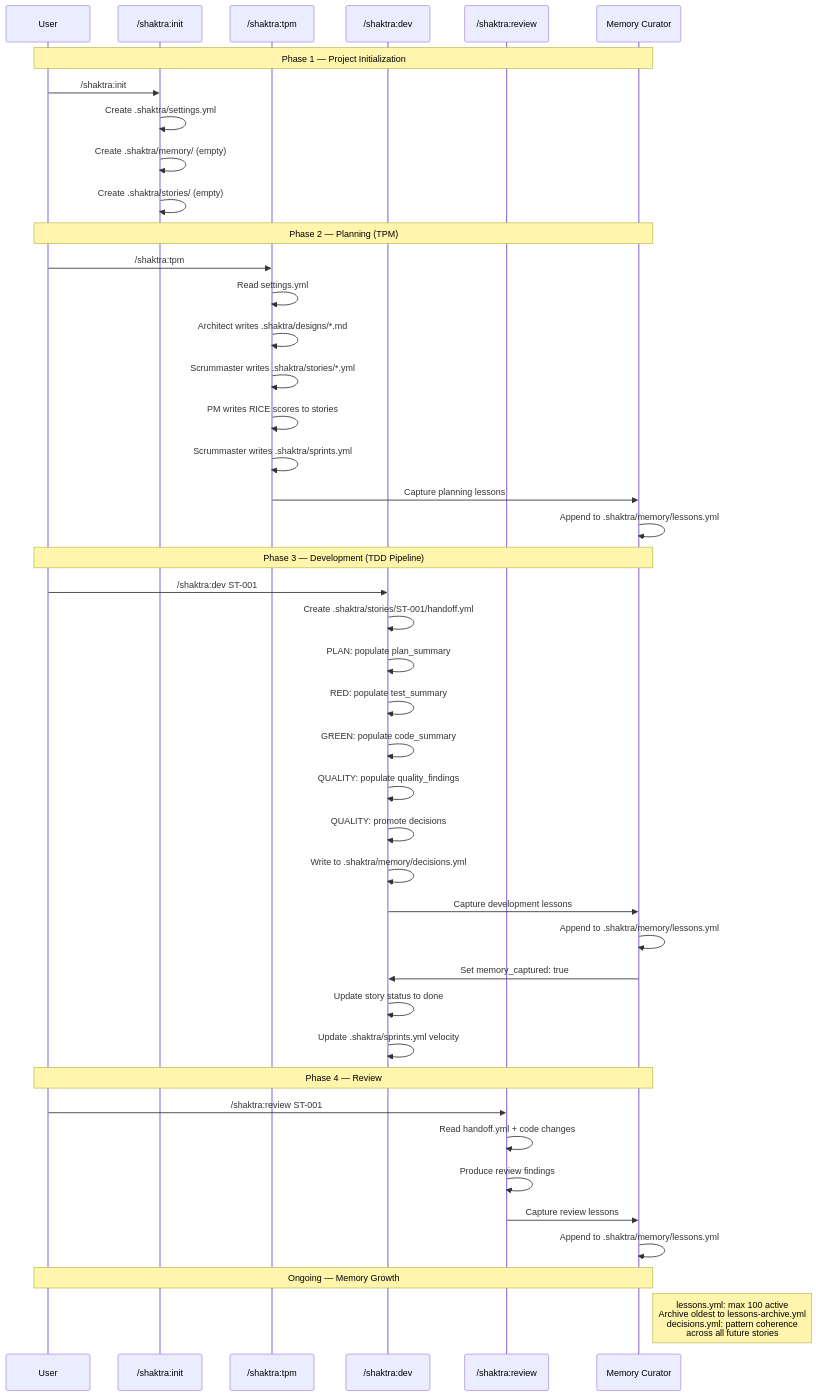
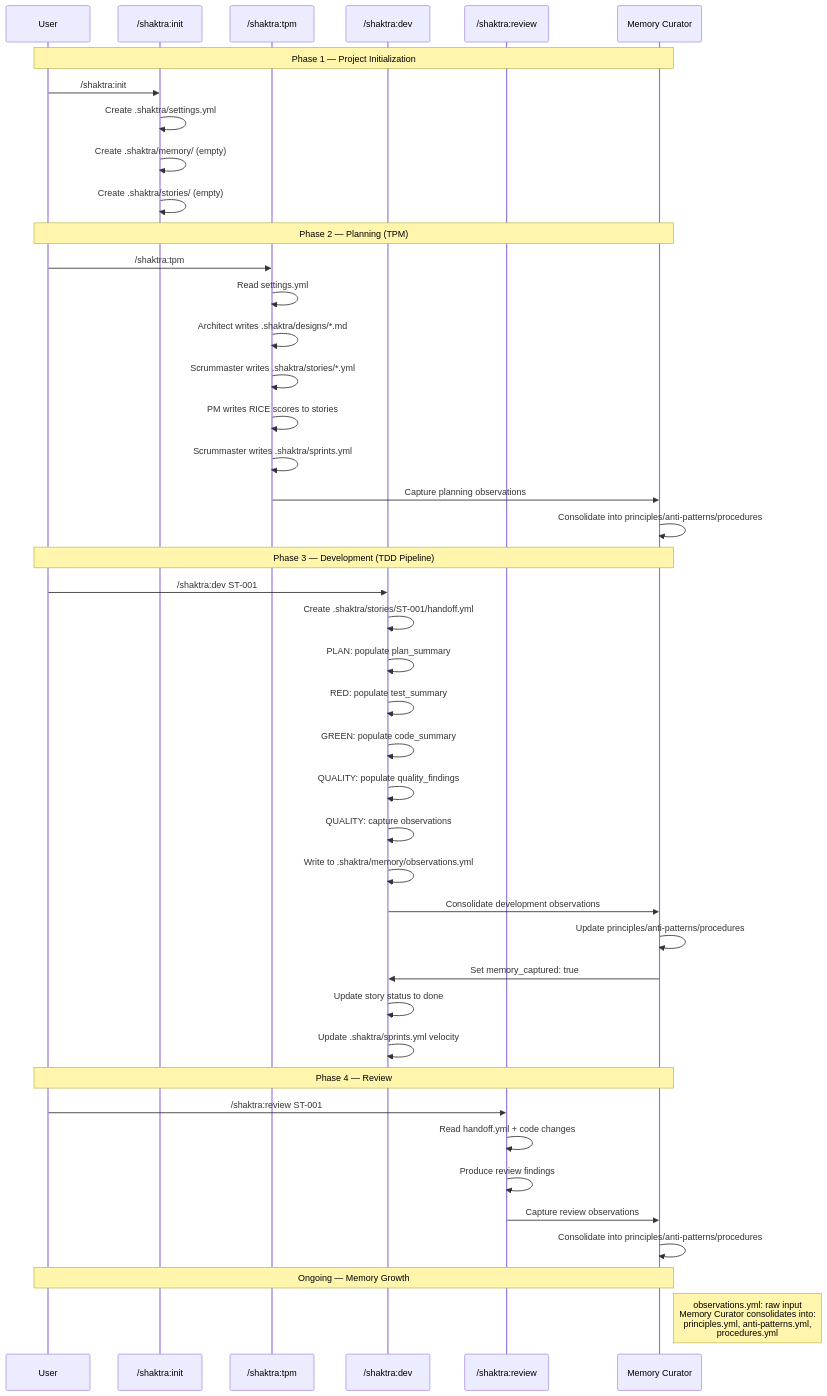
The diagram in shaktra/diagrams/30-state-file-lifecycle.md (im-shashanks/claude-skills), drawn with Mermaid before and after one commit. The commit also changed other lines of this file and 83 other files, not shown here.

````diff
--- a/shaktra/diagrams/30-state-file-lifecycle.md
+++ b/shaktra/diagrams/30-state-file-lifecycle.md
@@ -5,50 +5,50 @@
 ```mermaid
 sequenceDiagram
     participant U as User
     participant INIT as /shaktra:init
     participant TPM as /shaktra:tpm
     participant DEV as /shaktra:dev
     participant REV as /shaktra:review
     participant MEM as Memory Curator
 
     Note over U,MEM: Phase 1 — Project Initialization
     U->>INIT: /shaktra:init
     INIT->>INIT: Create .shaktra/settings.yml
     INIT->>INIT: Create .shaktra/memory/ (empty)
     INIT->>INIT: Create .shaktra/stories/ (empty)
 
     Note over U,MEM: Phase 2 — Planning (TPM)
     U->>TPM: /shaktra:tpm
     TPM->>TPM: Read settings.yml
     TPM->>TPM: Architect writes .shaktra/designs/*.md
     TPM->>TPM: Scrummaster writes .shaktra/stories/*.yml
     TPM->>TPM: PM writes RICE scores to stories
     TPM->>TPM: Scrummaster writes .shaktra/sprints.yml
-    TPM->>MEM: Capture planning lessons
-    MEM->>MEM: Append to .shaktra/memory/lessons.yml
+    TPM->>MEM: Capture planning observations
+    MEM->>MEM: Consolidate into principles/anti-patterns/procedures
 
     Note over U,MEM: Phase 3 — Development (TDD Pipeline)
     U->>DEV: /shaktra:dev ST-001
     DEV->>DEV: Create .shaktra/stories/ST-001/handoff.yml
     DEV->>DEV: PLAN: populate plan_summary
     DEV->>DEV: RED: populate test_summary
     DEV->>DEV: GREEN: populate code_summary
     DEV->>DEV: QUALITY: populate quality_findings
-    DEV->>DEV: QUALITY: promote decisions
-    DEV->>DEV: Write to .shaktra/memory/decisions.yml
-    DEV->>MEM: Capture development lessons
-    MEM->>MEM: Append to .shaktra/memory/lessons.yml
+    DEV->>DEV: QUALITY: capture observations
+    DEV->>DEV: Write to .shaktra/memory/observations.yml
+    DEV->>MEM: Consolidate development observations
+    MEM->>MEM: Update principles/anti-patterns/procedures
     MEM->>DEV: Set memory_captured: true
     DEV->>DEV: Update story status to done
     DEV->>DEV: Update .shaktra/sprints.yml velocity
 
     Note over U,MEM: Phase 4 — Review
     U->>REV: /shaktra:review ST-001
     REV->>REV: Read handoff.yml + code changes
     REV->>REV: Produce review findings
-    REV->>MEM: Capture review lessons
-    MEM->>MEM: Append to .shaktra/memory/lessons.yml
+    REV->>MEM: Capture review observations
+    MEM->>MEM: Consolidate into principles/anti-patterns/procedures
 
     Note over U,MEM: Ongoing — Memory Growth
-    Note right of MEM: lessons.yml: max 100 active<br/>Archive oldest to lessons-archive.yml<br/>decisions.yml: pattern coherence<br/>across all future stories
+    Note right of MEM: observations.yml: raw input<br/>Memory Curator consolidates into:<br/>principles.yml, anti-patterns.yml,<br/>procedures.yml
 ```
````
